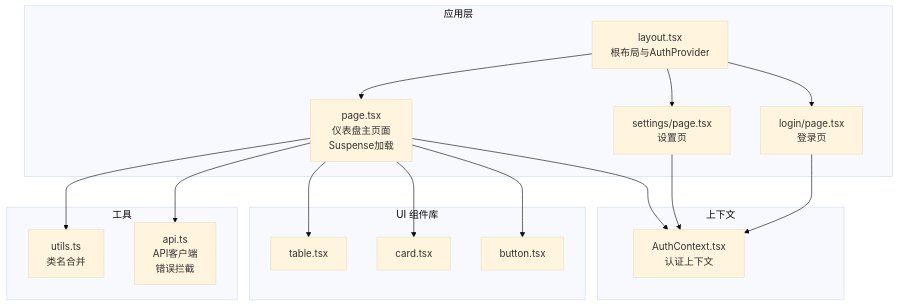
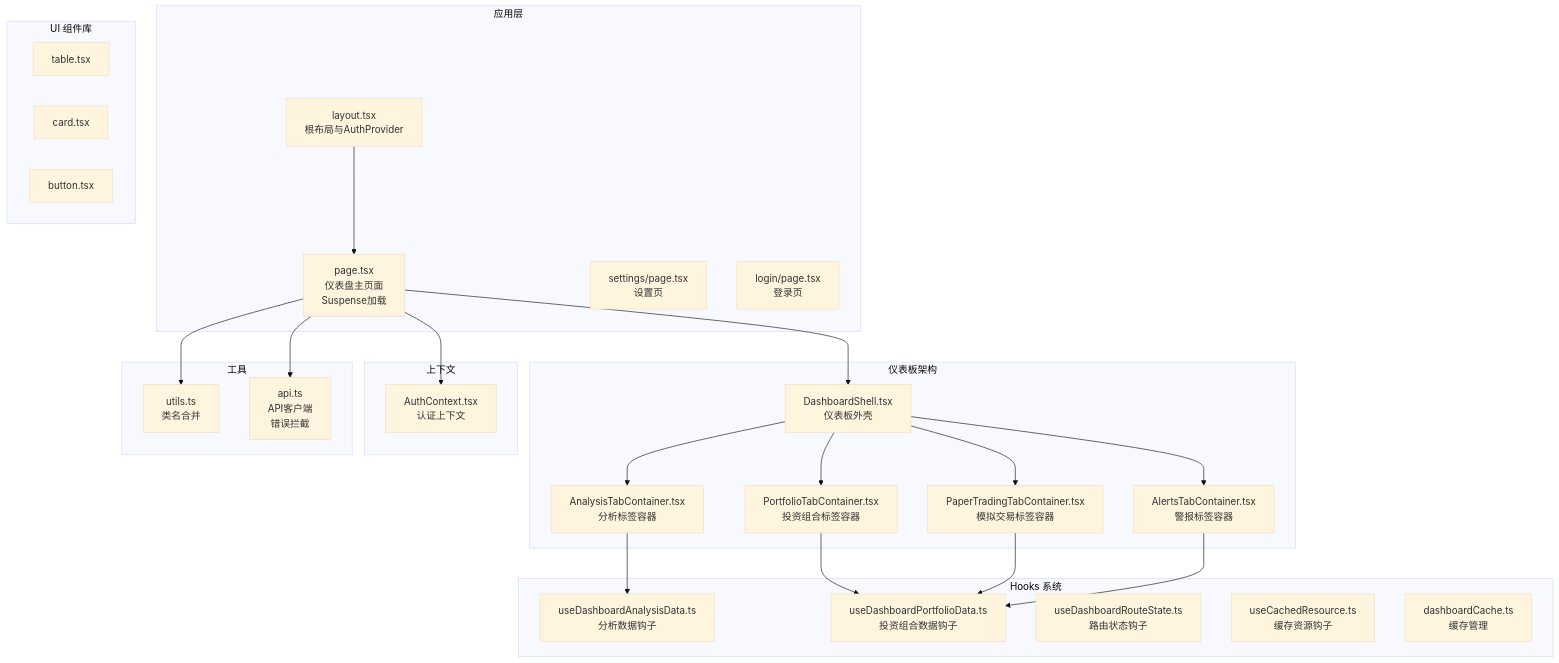
The first of 13 diagrams in .qoder/repowiki/zh/content/投资组合管理/前端集成与展示/前端集成与展示.md (breeze-lyf/ai-stock-advisor), drawn with Mermaid (base theme) before and after one commit. The commit also changed other lines of this file and 43 other files, not shown here.

````diff
--- a/.qoder/repowiki/zh/content/投资组合管理/前端集成与展示/前端集成与展示.md
+++ b/.qoder/repowiki/zh/content/投资组合管理/前端集成与展示/前端集成与展示.md
@@ -45,32 +60,48 @@
 ```mermaid
 graph TB
 subgraph "应用层"
 L["layout.tsx<br/>根布局与AuthProvider"]
 H["page.tsx<br/>仪表盘主页面<br/>Suspense加载"]
 S["settings/page.tsx<br/>设置页"]
 R["login/page.tsx<br/>登录页"]
+end
+subgraph "仪表板架构"
+DS["DashboardShell.tsx<br/>仪表板外壳"]
+ATC["AnalysisTabContainer.tsx<br/>分析标签容器"]
+PTC["PortfolioTabContainer.tsx<br/>投资组合标签容器"]
+PTC2["PaperTradingTabContainer.tsx<br/>模拟交易标签容器"]
+ATC2["AlertsTabContainer.tsx<br/>警报标签容器"]
+end
+subgraph "Hooks 系统"
+UDA["useDashboardAnalysisData.ts<br/>分析数据钩子"]
+UDP["useDashboardPortfolioData.ts<br/>投资组合数据钩子"]
+UDRS["useDashboardRouteState.ts<br/>路由状态钩子"]
+UCR["useCachedResource.ts<br/>缓存资源钩子"]
+DC["dashboardCache.ts<br/>缓存管理"]
 end
 subgraph "上下文"
 A["AuthContext.tsx<br/>认证上下文"]
 end
 subgraph "UI 组件库"
 T["table.tsx"]
 C["card.tsx"]
 B["button.tsx"]
 end
 subgraph "工具"
 U["utils.ts<br/>类名合并"]
 API["api.ts<br/>API客户端<br/>错误拦截"]
 end
 L --> H
-L --> S
-L --> R
+H --> DS
+DS --> ATC
+DS --> PTC
+DS --> PTC2
+DS --> ATC2
+ATC --> UDA
+PTC --> UDP
+PTC2 --> UDP
+ATC2 --> UDP
 H --> A
-S --> A
-R --> A
-H --> T
-H --> C
-H --> B
 H --> U
 H --> API
 ```
````
